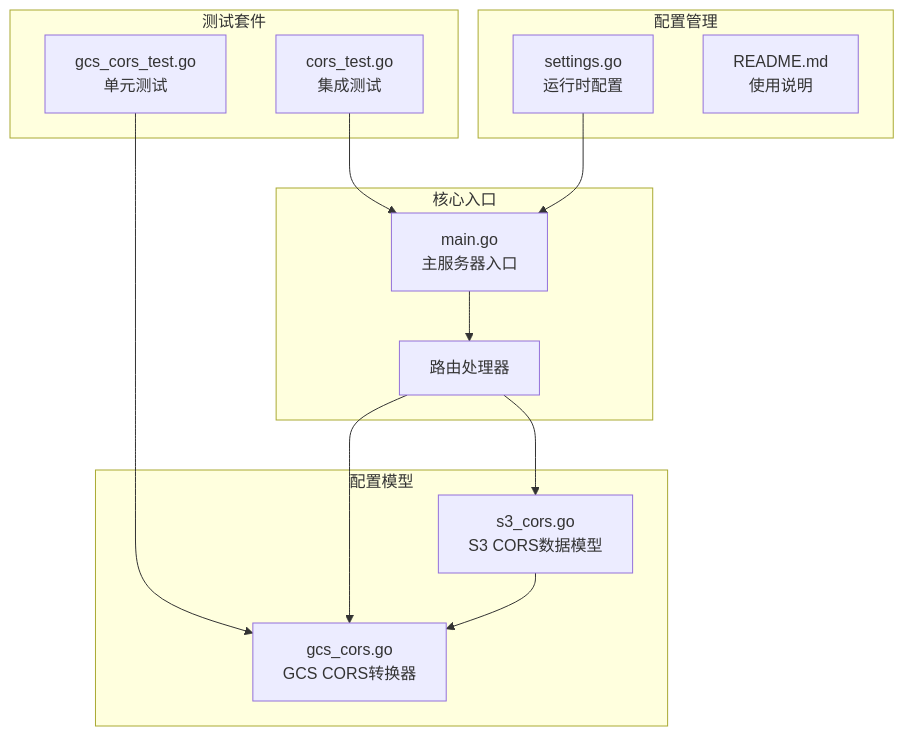
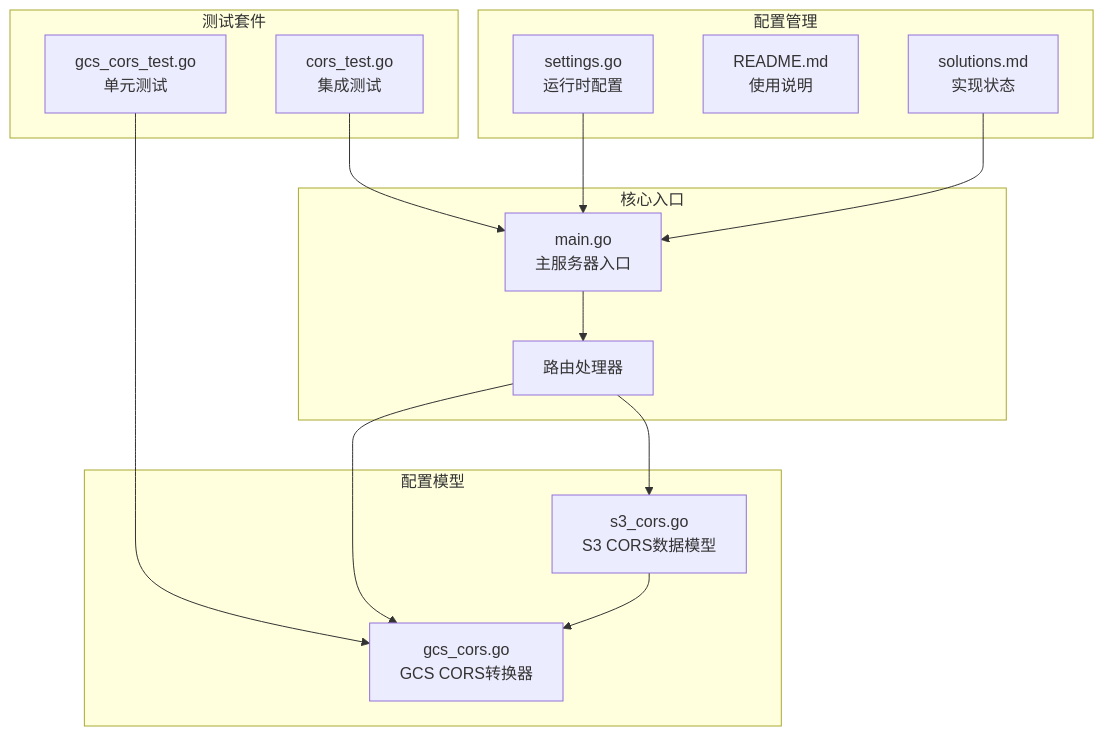
One commit to flying1574/S3Proxy4GCS changed the first of 10 diagrams in .qoder/repowiki/zh/content/核心功能/CORS配置管理.md. Above: the diagram before and after it, drawn with Mermaid. The commit also changed other lines of this file and 10 other files, not shown here.

````diff
--- a/.qoder/repowiki/zh/content/核心功能/CORS配置管理.md
+++ b/.qoder/repowiki/zh/content/核心功能/CORS配置管理.md
@@ -42,26 +52,28 @@
 ```mermaid
 graph TB
 subgraph "核心入口"
 A[main.go<br/>主服务器入口]
 B[路由处理器]
 end
 subgraph "配置模型"
 C[s3_cors.go<br/>S3 CORS数据模型]
 D[gcs_cors.go<br/>GCS CORS转换器]
 end
 subgraph "测试套件"
 E[gcs_cors_test.go<br/>单元测试]
 F[cors_test.go<br/>集成测试]
 end
 subgraph "配置管理"
 G[settings.go<br/>运行时配置]
 H[README.md<br/>使用说明]
+I[solutions.md<br/>实现状态]
 end
 A --> B
 B --> C
 B --> D
 C --> D
 E --> D
 F --> A
 G --> A
+I --> A
 ```
````
